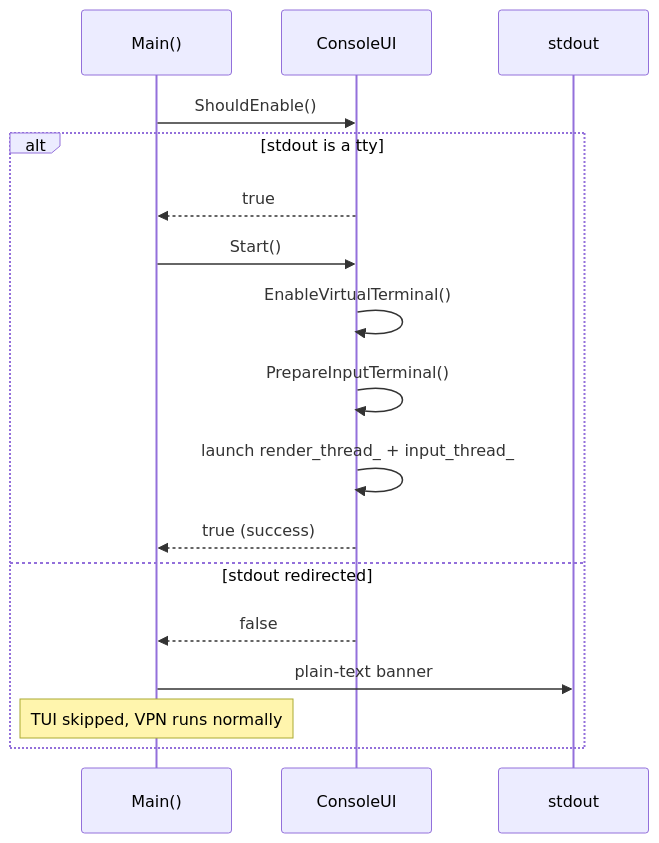
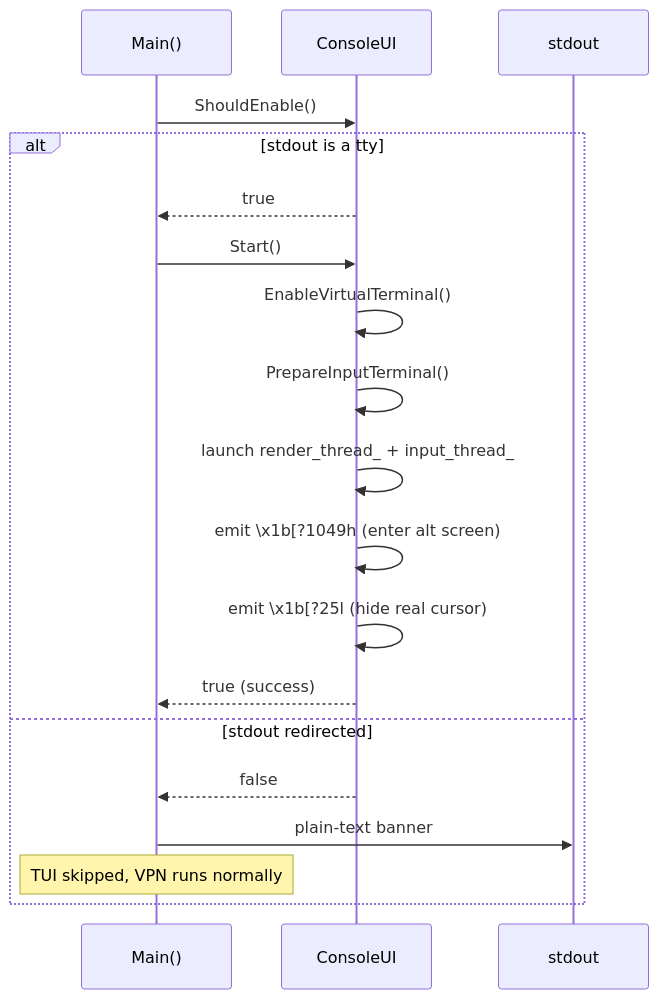
Before and after one commit to HyacinthHaru/openppp2: the eighth of 9 diagrams in docs/TUI_DESIGN.md, drawn with Mermaid. The commit also changed other lines of this file and 93 other files, not shown here.

````diff
--- a/docs/TUI_DESIGN.md
+++ b/docs/TUI_DESIGN.md
@@ -315,19 +423,21 @@
 ```mermaid
 sequenceDiagram
     participant M as Main()
     participant C as ConsoleUI
 
     M->>C: ShouldEnable()
     alt stdout is a tty
         C-->>M: true
         M->>C: Start()
         C->>C: EnableVirtualTerminal()
         C->>C: PrepareInputTerminal()
         C->>C: launch render_thread_ + input_thread_
+        C->>C: emit \x1b[?1049h (enter alt screen)
+        C->>C: emit \x1b[?25l (hide real cursor)
         C-->>M: true (success)
     else stdout redirected
         C-->>M: false
         M->>stdout: plain-text banner
         note over M: TUI skipped, VPN runs normally
     end
 ```
````
